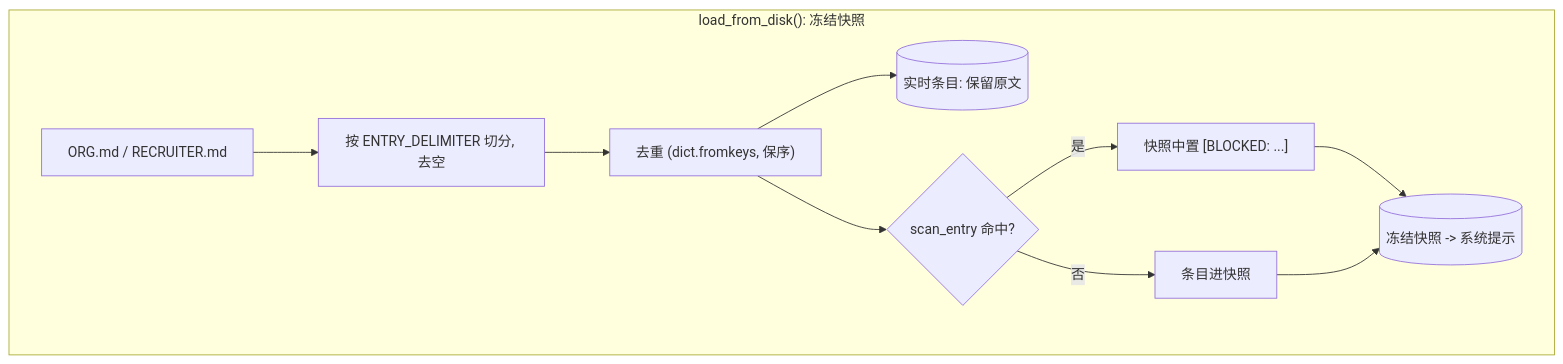
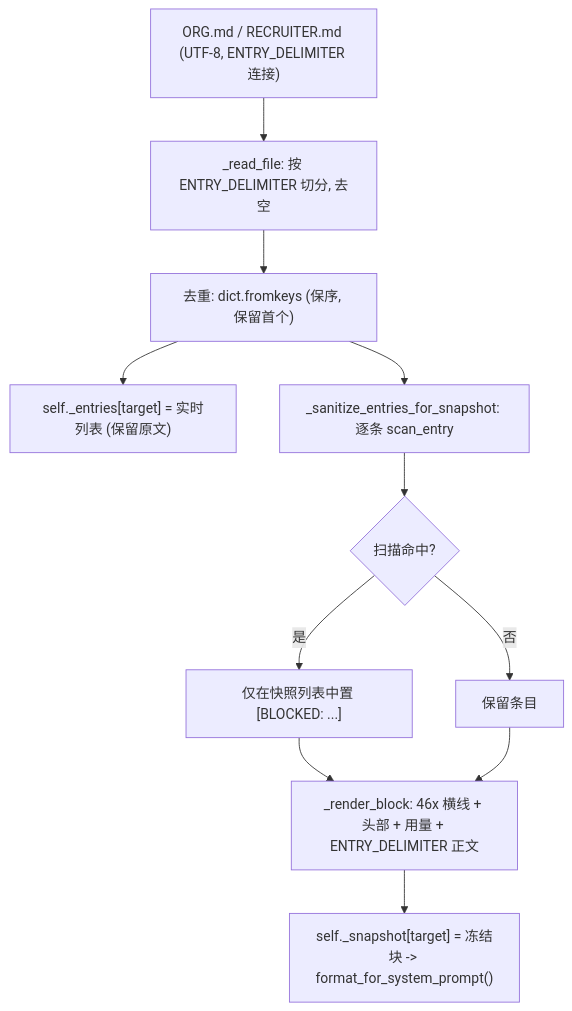
One commit to Ruihang2017/Jobpin-Agent changed the first of 2 diagrams in site/devlog/p0-1.2-memory-store.md. Above: the diagram before and after it, drawn with Mermaid. The commit also changed other lines of this file and 5 other files, not shown here.

````diff
--- a/site/devlog/p0-1.2-memory-store.md
+++ b/site/devlog/p0-1.2-memory-store.md
@@ -25,13 +237,13 @@
 ```mermaid
 flowchart TD
-    subgraph Load["load_from_disk(): 冻结快照"]
-      F["ORG.md / RECRUITER.md"] --> SP["按 ENTRY_DELIMITER 切分, 去空"]
-      SP --> DD["去重 (dict.fromkeys, 保序)"]
-      DD --> LIVE[("实时条目: 保留原文")]
-      DD --> SC{"scan_entry 命中?"}
-      SC -- "是" --> BK["快照中置 [BLOCKED: ...]"]
-      SC -- "否" --> KP["条目进快照"]
-      BK --> FR[("冻结快照 -> 系统提示")]
-      KP --> FR
-    end
+    F["ORG.md / RECRUITER.md (UTF-8, ENTRY_DELIMITER 连接)"] --> RD["_read_file: 按 ENTRY_DELIMITER 切分, 去空"]
+    RD --> DD["去重: dict.fromkeys (保序, 保留首个)"]
+    DD --> LIVE["self._entries[target] = 实时列表 (保留原文)"]
+    DD --> SAN["_sanitize_entries_for_snapshot: 逐条 scan_entry"]
+    SAN --> HIT{"扫描命中?"}
+    HIT -- "是" --> BLK["仅在快照列表中置 [BLOCKED: ...]"]
+    HIT -- "否" --> KEEP["保留条目"]
+    BLK --> RB["_render_block: 46x 横线 + 头部 + 用量 + ENTRY_DELIMITER 正文"]
+    KEEP --> RB
+    RB --> FROZEN["self._snapshot[target] = 冻结块 -> format_for_system_prompt()"]
 ```
````
